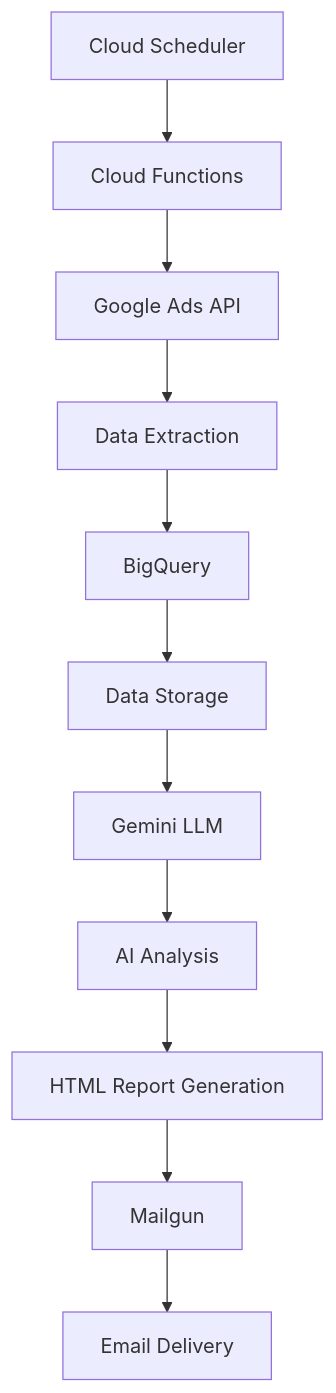
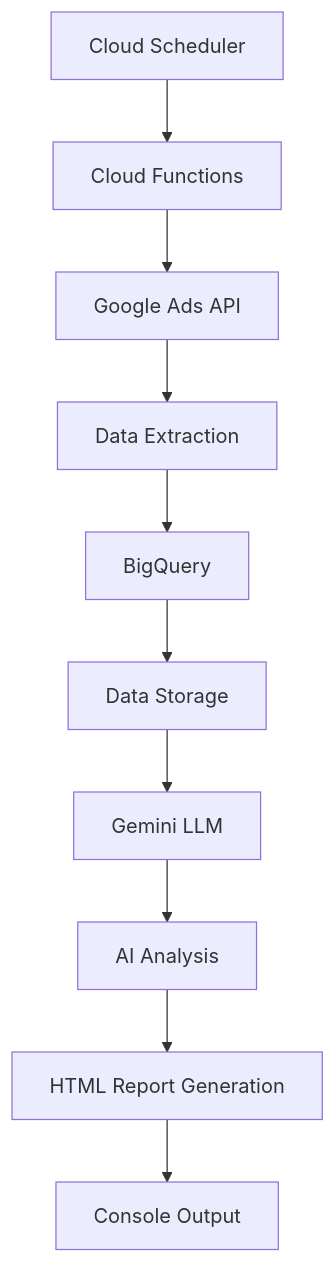
The diagram in README.md (tayloroh98/Senior), drawn with Mermaid before and after one commit. The commit also changed other lines of this file and 1 other file, not shown here.

````diff
--- a/README.md
+++ b/README.md
@@ -127,13 +114,12 @@
 ```mermaid
 graph TD
     A[Cloud Scheduler] --> B[Cloud Functions]
     B --> C[Google Ads API]
     C --> D[Data Extraction]
     D --> E[BigQuery]
     E --> F[Data Storage]
     F --> G[Gemini LLM]
     G --> H[AI Analysis]
     H --> I[HTML Report Generation]
-    I --> J[Mailgun]
-    J --> K[Email Delivery]
+    I --> J[Console Output]
 ```
````
